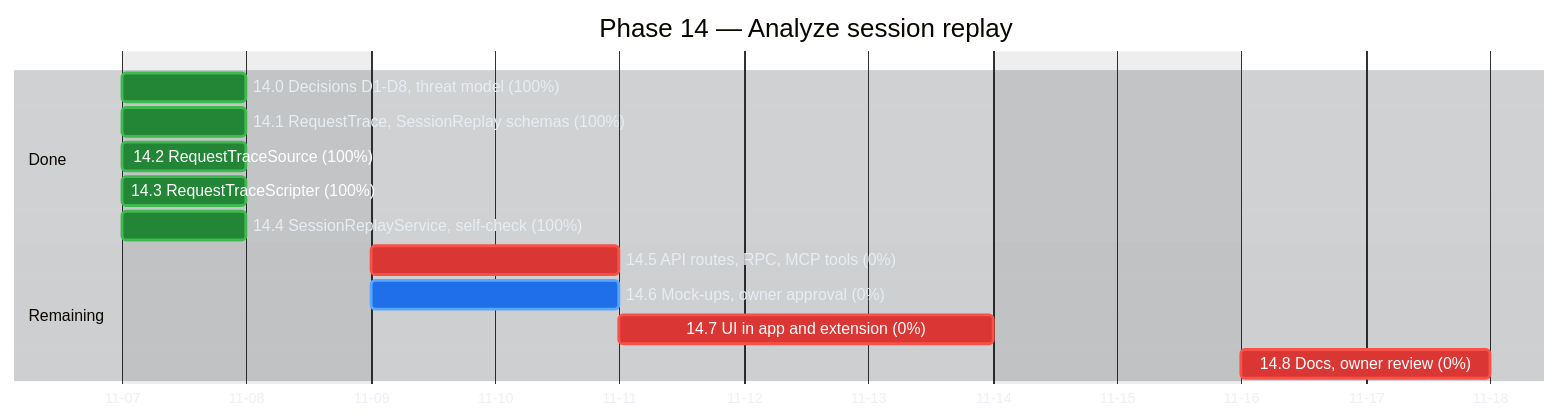
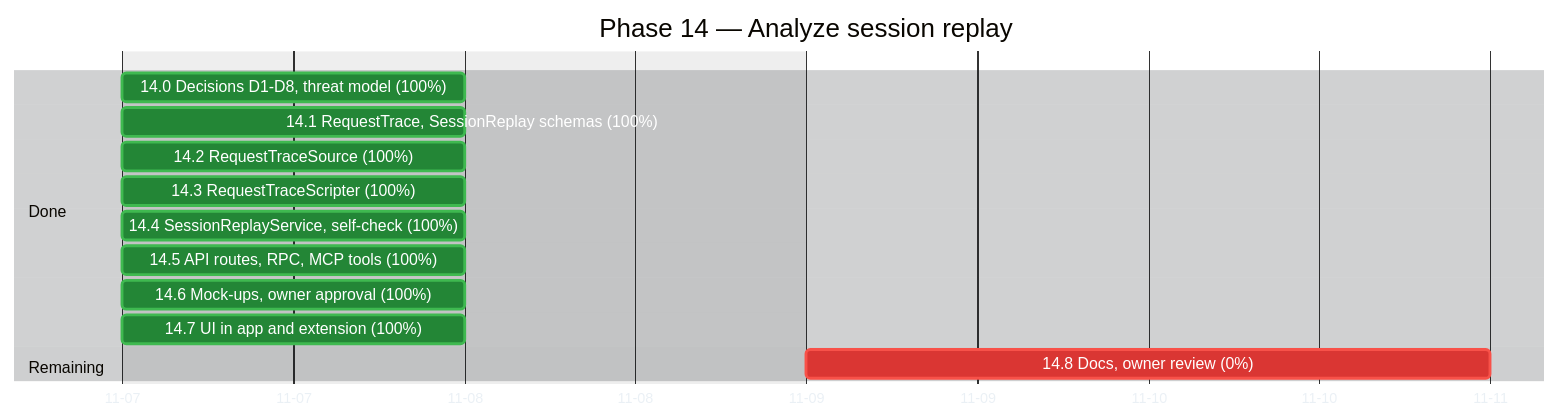
Before and after one commit to raulkivi/agent-cost-analyzer: the third of 3 diagrams in docs/implementation-plan-gantt.md, drawn with Mermaid. The commit also changed other lines of this file and 75 other files, not shown here.

````diff
--- a/docs/implementation-plan-gantt.md
+++ b/docs/implementation-plan-gantt.md
@@ -196,47 +196,48 @@
 ```mermaid
 %%{init: {
   "theme": "base",
   "themeVariables": {
     "darkMode": true,
     "background": "#0d1117",
     "textColor": "#e6edf3",
     "primaryTextColor": "#e6edf3",
     "lineColor": "#8b949e",
     "sectionBkgColor": "#161b22",
     "sectionBkgColor2": "#1c2129",
     "altSectionBkgColor": "#0d1117",
     "gridColor": "#30363d",
     "todayLineColor": "#f85149",
     "taskBkgColor": "#1f6feb",
     "taskBorderColor": "#58a6ff",
     "taskTextColor": "#ffffff",
     "taskTextLightColor": "#ffffff",
     "taskTextDarkColor": "#ffffff",
     "taskTextOutsideColor": "#e6edf3",
     "doneTaskBkgColor": "#238636",
     "doneTaskBorderColor": "#3fb950",
     "activeTaskBkgColor": "#9e6a03",
     "activeTaskBorderColor": "#d29922",
     "critBkgColor": "#da3633",
     "critBorderColor": "#f85149"
   }
 }}%%
 gantt
     title Phase 14 — Analyze session replay
     dateFormat YYYY-MM-DD
     axisFormat %m-%d
     excludes weekends
 
     section Done
     14.0 Decisions D1-D8, threat model (100%)       :done, s0, 2026-11-07, 1d
     14.1 RequestTrace, SessionReplay schemas (100%) :done, s1, 2026-11-07, 1d
     14.2 RequestTraceSource (100%)                  :done, s2, 2026-11-07, 1d
     14.3 RequestTraceScripter (100%)                :done, s3, 2026-11-07, 1d
     14.4 SessionReplayService, self-check (100%)    :done, s4, 2026-11-07, 1d
+    14.5 API routes, RPC, MCP tools (100%)          :done, s5, 2026-11-07, 1d
+    14.6 Mock-ups, owner approval (100%)            :done, s6, 2026-11-07, 1d
+
+    14.7 UI in app and extension (100%)             :done, s7, 2026-11-07, 1d
 
     section Remaining
-    14.5 API routes, RPC, MCP tools (0%)            :crit, s5, after s4, 2d
-    14.6 Mock-ups, owner approval (0%)              :s6, after s4, 2d
-    14.7 UI in app and extension (0%)               :crit, s7, after s5 s6, 3d
     14.8 Docs, owner review (0%)                    :crit, s8, after s7, 2d
 ```
````
